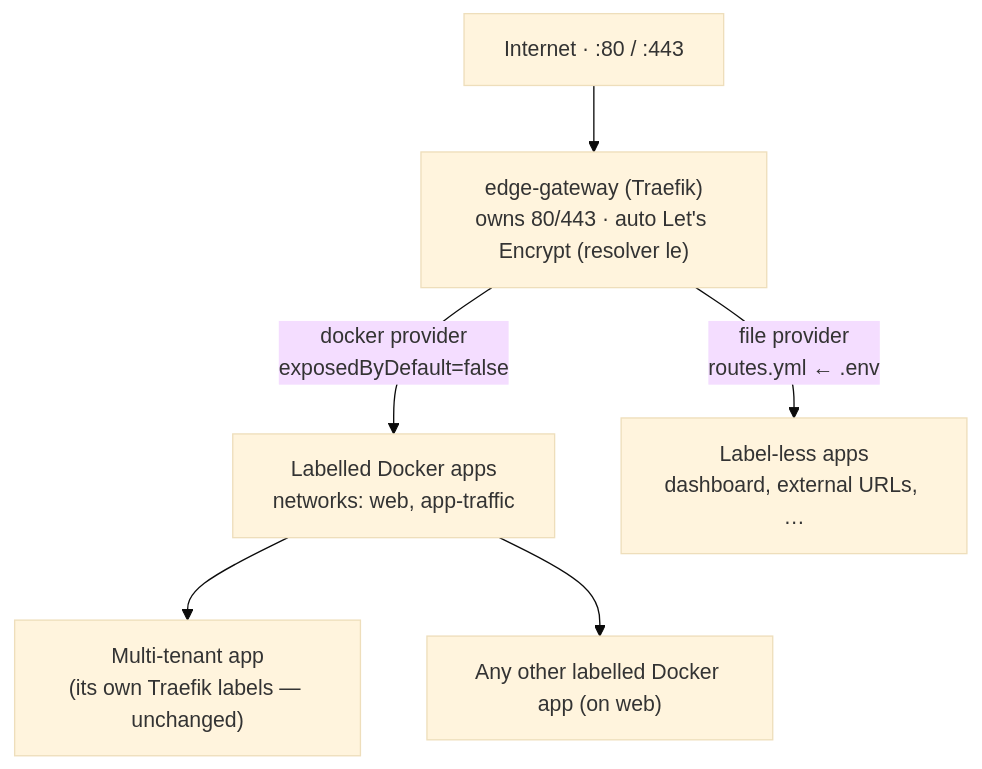
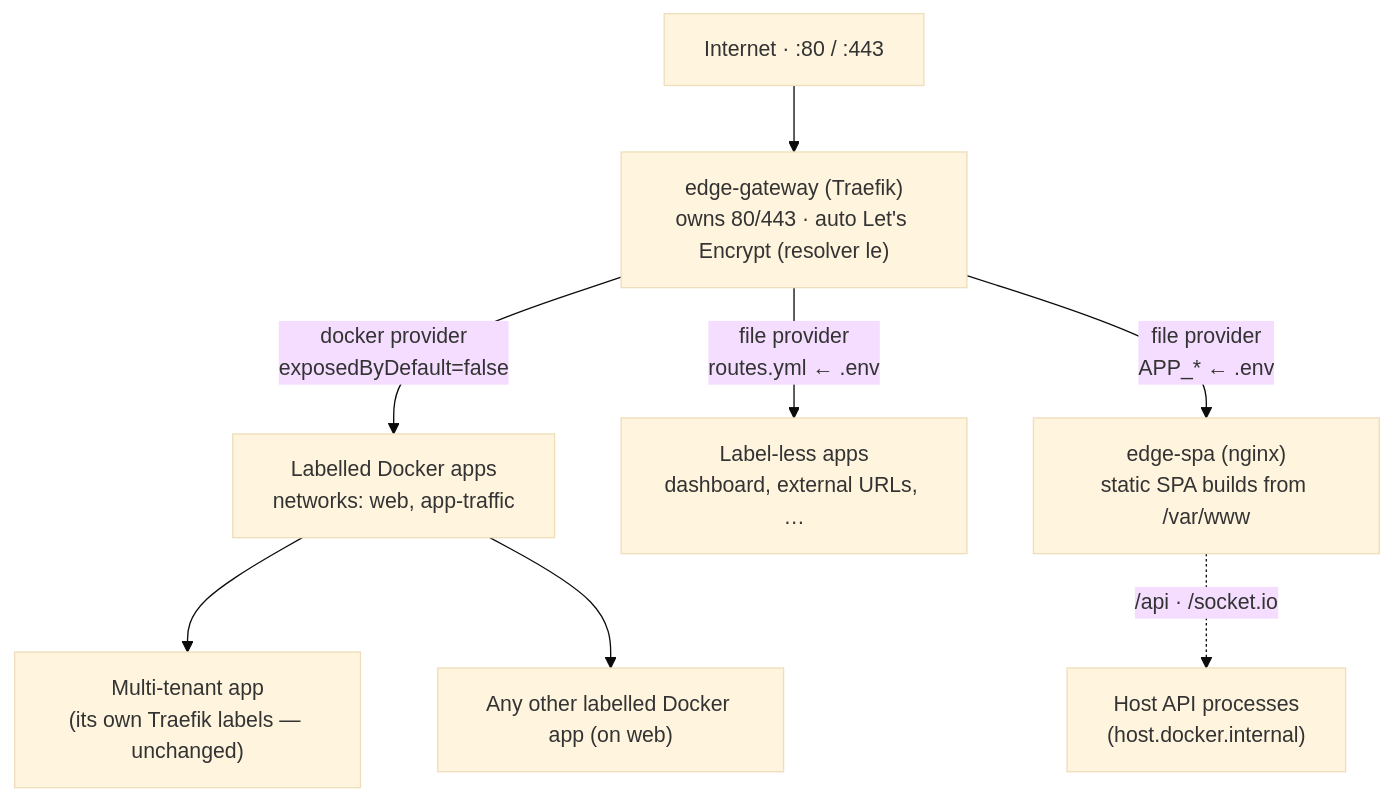
The diagram in README.md (A7med-Sghaier/edge-gateway), drawn with Mermaid (base theme) before and after one commit. The commit also changed other lines of this file and 6 other files, not shown here.

First line of the commit message:
feat(edge-spa): dockerized SPA server driven by .env APP_* blocks

````diff
--- a/README.md
+++ b/README.md
@@ -59,8 +61,10 @@
 ```mermaid
 flowchart TD
   Net["Internet · :80 / :443"] --> Edge["edge-gateway (Traefik)<br/>owns 80/443 · auto Let's Encrypt (resolver le)"]
   Edge -->|docker provider<br/>exposedByDefault=false| Docker["Labelled Docker apps<br/>networks: web, app-traffic"]
   Docker --> Tenants["Multi-tenant app<br/>(its own Traefik labels — unchanged)"]
   Docker --> Other["Any other labelled Docker app (on web)"]
   Edge -->|file provider<br/>routes.yml ← .env| File["Label-less apps<br/>dashboard, external URLs, …"]
+  Edge -->|file provider<br/>APP_* ← .env| Spa["edge-spa (nginx)<br/>static SPA builds from /var/www"]
+  Spa -.->|/api · /socket.io| Api["Host API processes<br/>(host.docker.internal)"]
 ```
````
